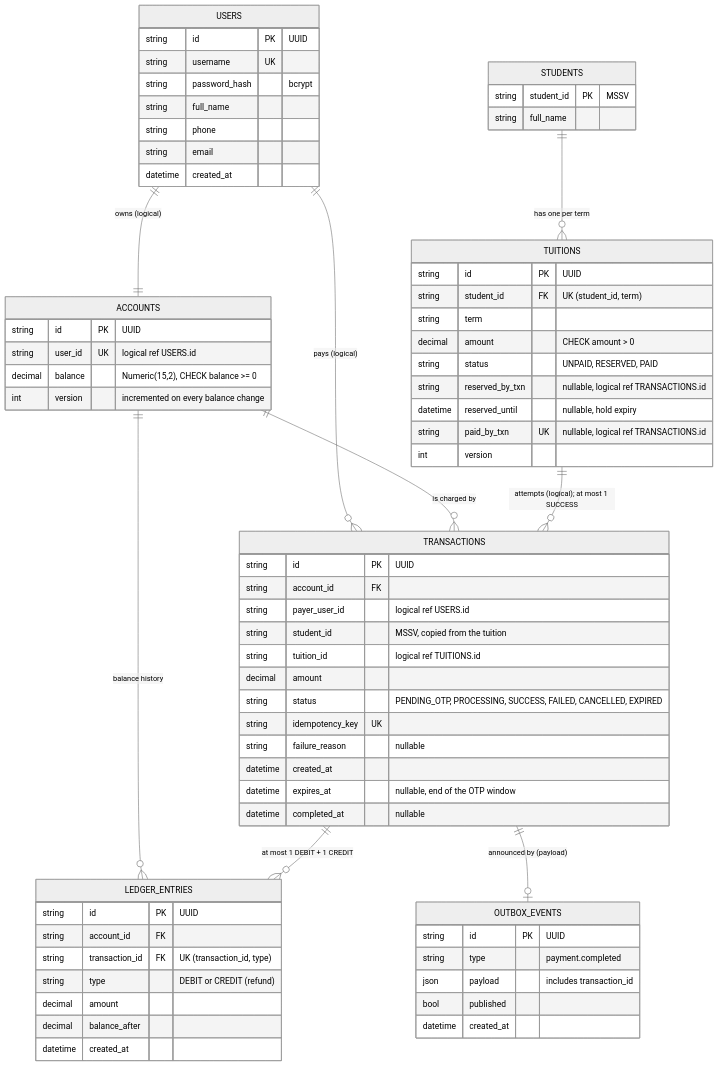
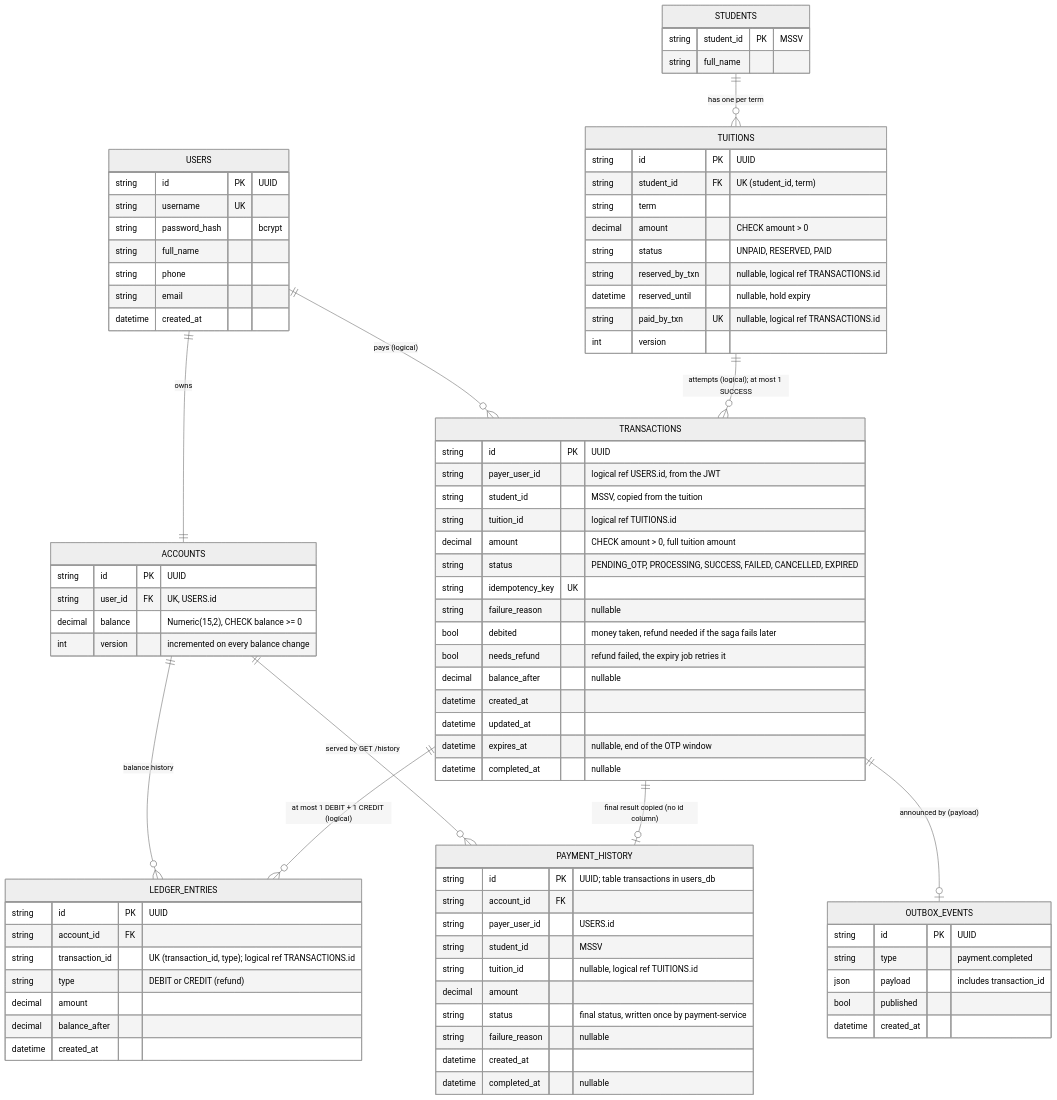
One commit to JamesJoys-vie/SOA-Midterm---iBanking-subsystem changed the diagram in docs/diagrams/erd.mmd. Above: the diagram before and after it, drawn with Mermaid (neutral theme). The commit also changed 2 other files, not shown here.

Commit message:
Fixed diagrams

```diff
--- a/docs/diagrams/erd.mmd
+++ b/docs/diagrams/erd.mmd
@@ -1,75 +1,94 @@
 erDiagram
-  %% Matches the Alembic migrations (user 0001, tuition 0001, payment 0001 + 0002).
-  %% Three MySQL databases, one per service: users_db (USERS), tuition_db (STUDENTS, TUITIONS),
-  %% payments_db (ACCOUNTS, TRANSACTIONS, LEDGER_ENTRIES, OUTBOX_EVENTS).
+  %% Matches the SQLAlchemy models (user-service / tuition-service create their tables from app/models.py;
+  %% payment-service uses its Alembic migration 0001).
+  %% Three MySQL databases, one per service:
+  %%   users_db   (user-service):    USERS, ACCOUNTS, LEDGER_ENTRIES, PAYMENT_HISTORY (table name "transactions")
+  %%   tuition_db (tuition-service): STUDENTS, TUITIONS
+  %%   payments_db (payment-service): TRANSACTIONS, OUTBOX_EVENTS
   %% Relationships labelled "logical" cross a database boundary: plain id columns, no FOREIGN KEY constraint.
   %% OTPs live in Redis, not MySQL (see docs/design/services.md, "Redis data").
   USERS {
     string id PK "UUID"
     string username UK
     string password_hash "bcrypt"
     string full_name
     string phone
     string email
     datetime created_at
   }
   ACCOUNTS {
     string id PK "UUID"
-    string user_id UK "logical ref USERS.id"
+    string user_id FK "UK, USERS.id"
     decimal balance "Numeric(15,2), CHECK balance >= 0"
     int version "incremented on every balance change"
-  }
-  TRANSACTIONS {
-    string id PK "UUID"
-    string account_id FK
-    string payer_user_id "logical ref USERS.id"
-    string student_id "MSSV, copied from the tuition"
-    string tuition_id "logical ref TUITIONS.id"
-    decimal amount
-    string status "PENDING_OTP, PROCESSING, SUCCESS, FAILED, CANCELLED, EXPIRED"
-    string idempotency_key UK
-    string failure_reason "nullable"
-    datetime created_at
-    datetime expires_at "nullable, end of the OTP window"
-    datetime completed_at "nullable"
   }
   LEDGER_ENTRIES {
     string id PK "UUID"
     string account_id FK
-    string transaction_id FK "UK (transaction_id, type)"
+    string transaction_id "UK (transaction_id, type); logical ref TRANSACTIONS.id"
     string type "DEBIT or CREDIT (refund)"
     decimal amount
     decimal balance_after
     datetime created_at
+  }
+  PAYMENT_HISTORY {
+    string id PK "UUID; table transactions in users_db"
+    string account_id FK
+    string payer_user_id "USERS.id"
+    string student_id "MSSV"
+    string tuition_id "nullable, logical ref TUITIONS.id"
+    decimal amount
+    string status "final status, written once by payment-service"
+    string failure_reason "nullable"
+    datetime created_at
+    datetime completed_at "nullable"
+  }
+  TRANSACTIONS {
+    string id PK "UUID"
+    string payer_user_id "logical ref USERS.id, from the JWT"
+    string student_id "MSSV, copied from the tuition"
+    string tuition_id "logical ref TUITIONS.id"
+    decimal amount "CHECK amount > 0, full tuition amount"
+    string status "PENDING_OTP, PROCESSING, SUCCESS, FAILED, CANCELLED, EXPIRED"
+    string idempotency_key UK
+    string failure_reason "nullable"
+    bool debited "money taken, refund needed if the saga fails later"
+    bool needs_refund "refund failed, the expiry job retries it"
+    decimal balance_after "nullable"
+    datetime created_at
+    datetime updated_at
+    datetime expires_at "nullable, end of the OTP window"
+    datetime completed_at "nullable"
   }
   OUTBOX_EVENTS {
     string id PK "UUID"
     string type "payment.completed"
     json payload "includes transaction_id"
     bool published
     datetime created_at
   }
   STUDENTS {
     string student_id PK "MSSV"
     string full_name
   }
   TUITIONS {
     string id PK "UUID"
     string student_id FK "UK (student_id, term)"
     string term
     decimal amount "CHECK amount > 0"
     string status "UNPAID, RESERVED, PAID"
     string reserved_by_txn "nullable, logical ref TRANSACTIONS.id"
     datetime reserved_until "nullable, hold expiry"
     string paid_by_txn UK "nullable, logical ref TRANSACTIONS.id"
     int version
   }
 
-  USERS ||--|| ACCOUNTS : "owns (logical)"
+  USERS ||--|| ACCOUNTS : "owns"
+  ACCOUNTS ||--o{ LEDGER_ENTRIES : "balance history"
+  ACCOUNTS ||--o{ PAYMENT_HISTORY : "served by GET /history"
   USERS ||--o{ TRANSACTIONS : "pays (logical)"
-  ACCOUNTS ||--o{ TRANSACTIONS : "is charged by"
-  ACCOUNTS ||--o{ LEDGER_ENTRIES : "balance history"
-  TRANSACTIONS ||--o{ LEDGER_ENTRIES : "at most 1 DEBIT + 1 CREDIT"
+  TRANSACTIONS ||--o{ LEDGER_ENTRIES : "at most 1 DEBIT + 1 CREDIT (logical)"
+  TRANSACTIONS ||--o| PAYMENT_HISTORY : "final result copied (no id column)"
   TRANSACTIONS ||--o| OUTBOX_EVENTS : "announced by (payload)"
   STUDENTS ||--o{ TUITIONS : "has one per term"
   TUITIONS ||--o{ TRANSACTIONS : "attempts (logical); at most 1 SUCCESS"
```
